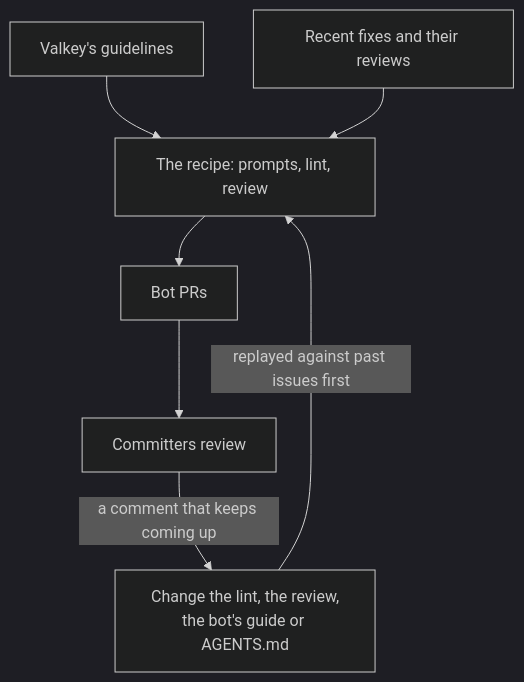
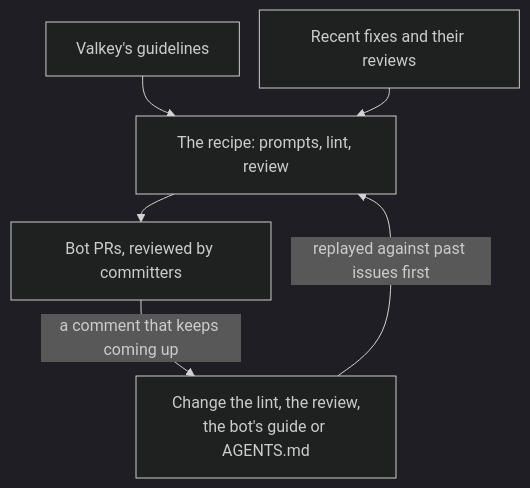
One commit to sarthakaggarwal97/valkey-ci-agent changed the third of 5 diagrams in docs/design/software-factory.md. Above: the diagram before and after it, drawn with Mermaid (dark theme). The commit also changed other lines of this file, not shown here.

Commit message:
Compact the post's diagrams and cut prose that repeats them

````diff
--- a/docs/design/software-factory.md
+++ b/docs/design/software-factory.md
@@ -165,9 +150,9 @@
 ```mermaid
+%%{init: {"flowchart": {"nodeSpacing": 20, "rankSpacing": 28}}}%%
 flowchart TD
     G["Valkey's guidelines"] --> R["The recipe: prompts, lint, review"]
     E["Recent fixes and their reviews"] --> R
-    R --> PR["Bot PRs"]
-    PR --> RV["Committers review"]
-    RV -->|"a comment that keeps coming up"| CH["Change the lint, the review,<br/>the bot's guide or AGENTS.md"]
+    R --> PR["Bot PRs, reviewed by committers"]
+    PR -->|"a comment that keeps coming up"| CH["Change the lint, the review,<br/>the bot's guide or AGENTS.md"]
     CH -->|"replayed against past issues first"| R
 ```
````
